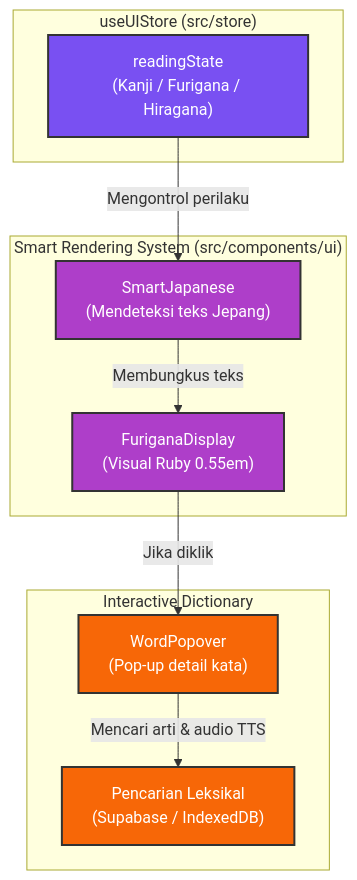
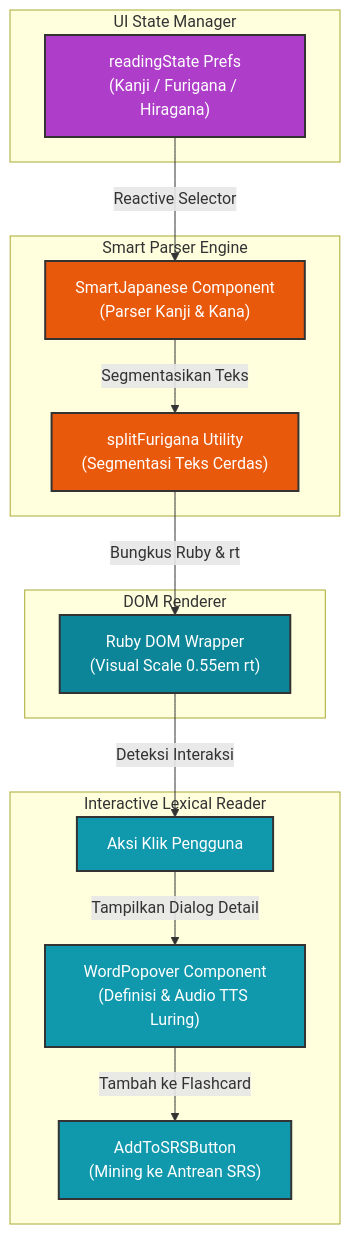
One commit to zan-118/nihongoroute changed the third of 4 diagrams in architecture_visual.md. Above: the diagram before and after it, drawn with Mermaid. The commit also changed other lines of this file and 362 other files, not shown here.

Commit message:
feat: initialize full-stack Japanese learning platform architecture with comprehensive dashboard, library, exam, and gamification modules.

````diff
--- a/architecture_visual.md
+++ b/architecture_visual.md
@@ -101,31 +101,41 @@
 ```mermaid
 graph TD
-    subgraph UIStore ["useUIStore (src/store)"]
-        ReadingState["readingState<br/>(Kanji / Furigana / Hiragana)"]
+    %% Nodes
+    subgraph Store ["UI State Manager"]
+        Prefs["readingState Prefs<br/>(Kanji / Furigana / Hiragana)"]
     end
 
-    subgraph Rendering ["Smart Rendering System (src/components/ui)"]
-        SmartJapanese["SmartJapanese<br/>(Mendeteksi teks Jepang)"]
-        FuriganaDisplay["FuriganaDisplay<br/>(Visual Ruby 0.55em)"]
+    subgraph Parser ["Smart Parser Engine"]
+        SmartJapanese["SmartJapanese Component<br/>(Parser Kanji & Kana)"]
+        SplitFurigana["splitFurigana Utility<br/>(Segmentasi Teks Cerdas)"]
     end
 
-    subgraph Interaction ["Interactive Dictionary"]
-        WordPopover["WordPopover<br/>(Pop-up detail kata)"]
-        DictionaryQuery["Pencarian Leksikal<br/>(Supabase / IndexedDB)"]
+    subgraph Visual ["DOM Renderer"]
+        Ruby["Ruby DOM Wrapper<br/>(Visual Scale 0.55em rt)"]
     end
 
-    %% Flows
-    ReadingState -->|Mengontrol perilaku| SmartJapanese
-    SmartJapanese -->|Membungkus teks| FuriganaDisplay
-    FuriganaDisplay -->|Jika diklik| WordPopover
-    WordPopover -->|Mencari arti & audio TTS| DictionaryQuery
-    
+    subgraph Interact ["Interactive Lexical Reader"]
+        Click["Aksi Klik Pengguna"]
+        Popover["WordPopover Component<br/>(Definisi & Audio TTS Luring)"]
+        SRSButton["AddToSRSButton<br/>(Mining ke Antrean SRS)"]
+    end
+
+    %% Relations
+    Prefs -->|Reactive Selector| SmartJapanese
+    SmartJapanese -->|Segmentasikan Teks| SplitFurigana
+    SplitFurigana -->|Bungkus Ruby & rt| Ruby
+    Ruby -->|Deteksi Interaksi| Click
+    Click -->|Tampilkan Dialog Detail| Popover
+    Popover -->|Tambah ke Flashcard| SRSButton
+
     %% Styling
-    classDef store fill:#7950f2,stroke:#333,stroke-width:2px,color:#fff;
-    classDef render fill:#ae3ec9,stroke:#333,stroke-width:2px,color:#fff;
-    classDef interact fill:#f76707,stroke:#333,stroke-width:2px,color:#fff;
-    
-    class ReadingState store;
-    class SmartJapanese,FuriganaDisplay render;
-    class WordPopover,DictionaryQuery interact;
+    classDef store fill:#ae3ec9,stroke:#333,stroke-width:2px,color:#fff;
+    classDef parser fill:#e8590c,stroke:#333,stroke-width:2px,color:#fff;
+    classDef visual fill:#0c8599,stroke:#333,stroke-width:2px,color:#fff;
+    classDef interact fill:#1098ad,stroke:#333,stroke-width:2px,color:#fff;
+
+    class Prefs store;
+    class SmartJapanese,SplitFurigana parser;
+    class Ruby visual;
+    class Click,Popover,SRSButton interact;
 ```
````
